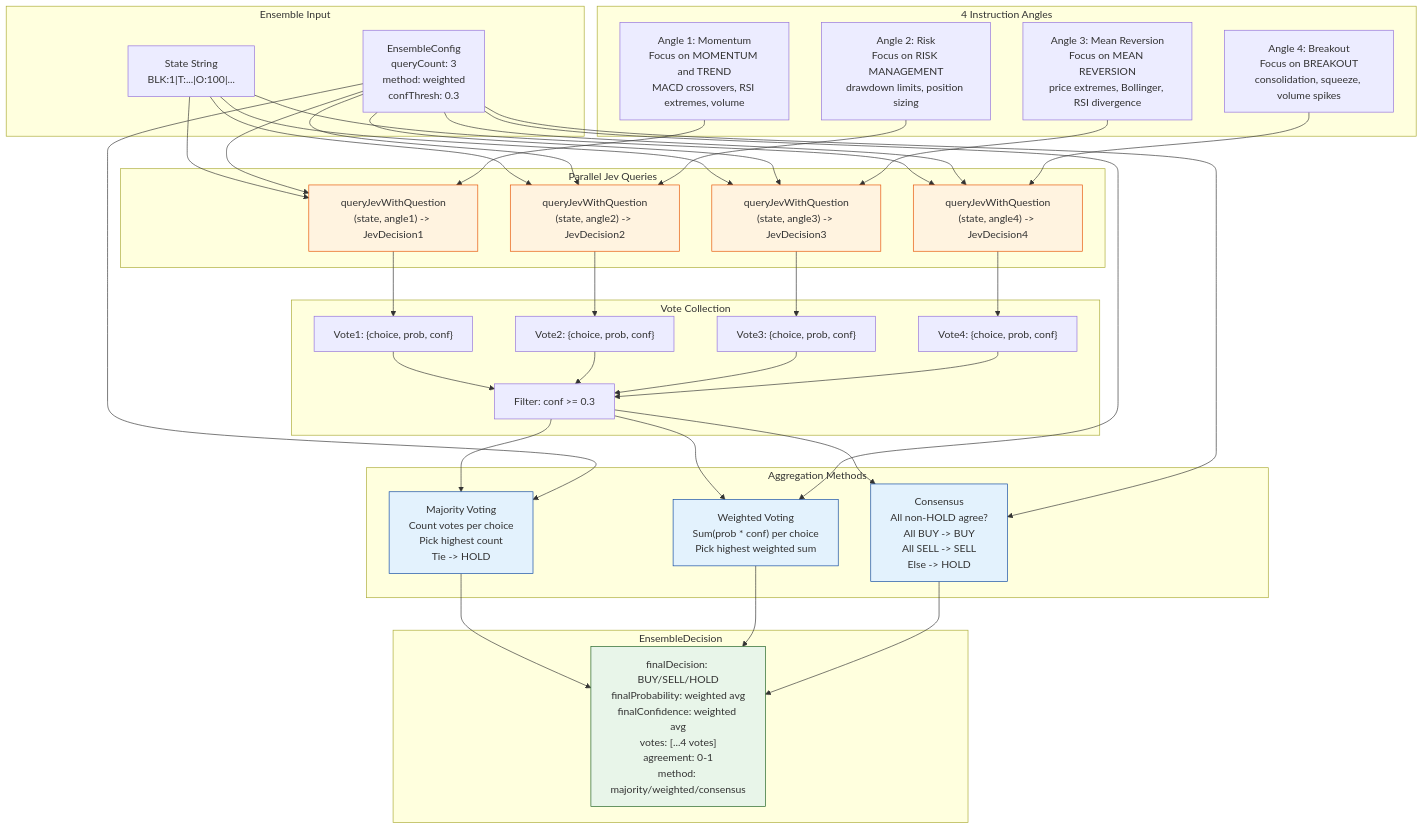
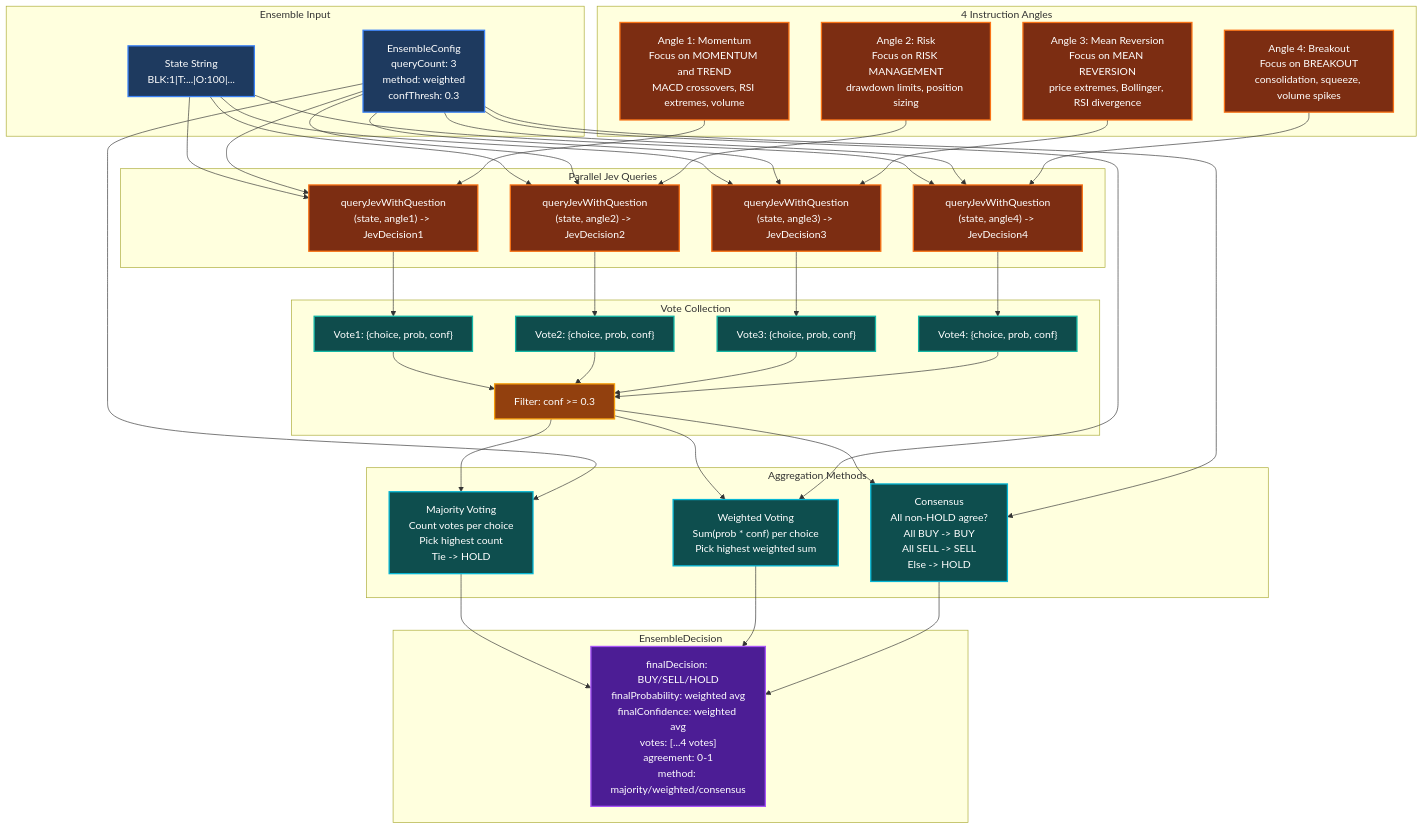
One commit to sudish80/Cerebro changed the diagram in docs/architecture/ensemble.mmd. Above: the diagram before and after it, drawn with Mermaid. The commit also changed 4 other files, not shown here.

First line of the commit message:
docs: improve Mermaid diagrams with professional color grading

```diff
--- a/docs/architecture/ensemble.mmd
+++ b/docs/architecture/ensemble.mmd
@@ -1,82 +1,89 @@
 flowchart TD
     subgraph Input["Ensemble Input"]
         STATE["State String<br/>BLK:1|T:...|O:100|..."]
         CFG["EnsembleConfig<br/>queryCount: 3<br/>method: weighted<br/>confThresh: 0.3"]
     end
 
     subgraph Angles["4 Instruction Angles"]
         ANG1["Angle 1: Momentum<br/>Focus on MOMENTUM and TREND<br/>MACD crossovers, RSI extremes, volume"]
         ANG2["Angle 2: Risk<br/>Focus on RISK MANAGEMENT<br/>drawdown limits, position sizing"]
         ANG3["Angle 3: Mean Reversion<br/>Focus on MEAN REVERSION<br/>price extremes, Bollinger, RSI divergence"]
         ANG4["Angle 4: Breakout<br/>Focus on BREAKOUT<br/>consolidation, squeeze, volume spikes"]
     end
 
     subgraph Query["Parallel Jev Queries"]
         Q1["queryJevWithQuestion<br/>(state, angle1) -> JevDecision1"]
         Q2["queryJevWithQuestion<br/>(state, angle2) -> JevDecision2"]
         Q3["queryJevWithQuestion<br/>(state, angle3) -> JevDecision3"]
         Q4["queryJevWithQuestion<br/>(state, angle4) -> JevDecision4"]
     end
 
     subgraph Votes["Vote Collection"]
         V1["Vote1: {choice, prob, conf}"]
         V2["Vote2: {choice, prob, conf}"]
         V3["Vote3: {choice, prob, conf}"]
         V4["Vote4: {choice, prob, conf}"]
         FILTER["Filter: conf >= 0.3"]
     end
 
     subgraph Methods["Aggregation Methods"]
         MAJ["Majority Voting<br/>Count votes per choice<br/>Pick highest count<br/>Tie -> HOLD"]
         WGT["Weighted Voting<br/>Sum(prob * conf) per choice<br/>Pick highest weighted sum"]
         CON["Consensus<br/>All non-HOLD agree?<br/>All BUY -> BUY<br/>All SELL -> SELL<br/>Else -> HOLD"]
     end
 
     subgraph Output["EnsembleDecision"]
         FINAL["finalDecision: BUY/SELL/HOLD<br/>finalProbability: weighted avg<br/>finalConfidence: weighted avg<br/>votes: [...4 votes]<br/>agreement: 0-1<br/>method: majority/weighted/consensus"]
     end
 
     STATE --> Q1
     STATE --> Q2
     STATE --> Q3
     STATE --> Q4
     CFG --> Q1
     CFG --> Q2
     CFG --> Q3
     CFG --> Q4
 
     ANG1 --> Q1
     ANG2 --> Q2
     ANG3 --> Q3
     ANG4 --> Q4
 
     Q1 --> V1
     Q2 --> V2
     Q3 --> V3
     Q4 --> V4
 
     V1 --> FILTER
     V2 --> FILTER
     V3 --> FILTER
     V4 --> FILTER
 
     FILTER --> MAJ
     FILTER --> WGT
     FILTER --> CON
 
     CFG --> MAJ
     CFG --> WGT
     CFG --> CON
 
     MAJ --> FINAL
     WGT --> FINAL
     CON --> FINAL
 
-    style Q1 fill:#fff3e0,stroke:#e65100
-    style Q2 fill:#fff3e0,stroke:#e65100
-    style Q3 fill:#fff3e0,stroke:#e65100
-    style Q4 fill:#fff3e0,stroke:#e65100
-    style MAJ fill:#e3f2fd,stroke:#0d47a1
-    style WGT fill:#e3f2fd,stroke:#0d47a1
-    style CON fill:#e3f2fd,stroke:#0d47a1
-    style FINAL fill:#e8f5e9,stroke:#1b5e20
+    classDef input fill:#1e3a5f,color:#fff,stroke:#3b82f6,stroke-width:2px
+    classDef angle fill:#7c2d12,color:#fff,stroke:#f97316,stroke-width:2px
+    classDef query fill:#7c2d12,color:#fff,stroke:#f97316,stroke-width:2px
+    classDef vote fill:#0f4c4c,color:#fff,stroke:#14b8a6,stroke-width:2px
+    classDef filter fill:#92400e,color:#fff,stroke:#f59e0b,stroke-width:2px
+    classDef method fill:#0e4e4e,color:#fff,stroke:#06b6d4,stroke-width:2px
+    classDef output fill:#4c1d95,color:#fff,stroke:#a855f7,stroke-width:2px
+
+    class STATE,CFG input
+    class ANG1,ANG2,ANG3,ANG4 angle
+    class Q1,Q2,Q3,Q4 query
+    class V1,V2,V3,V4,V5 vote
+    class FILTER filter
+    class MAJ,WGT,CON method
+    class FINAL output
```
